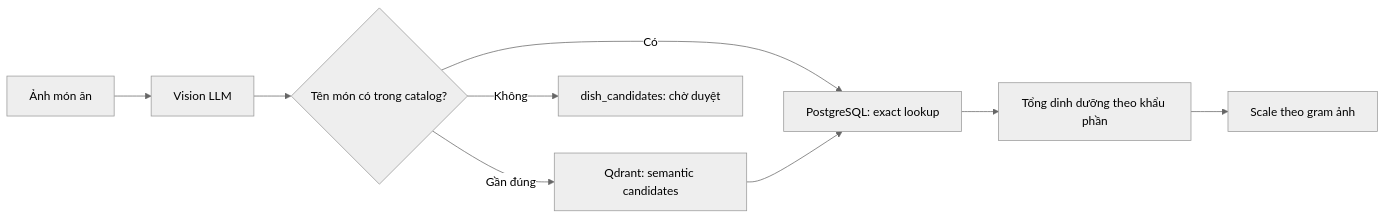
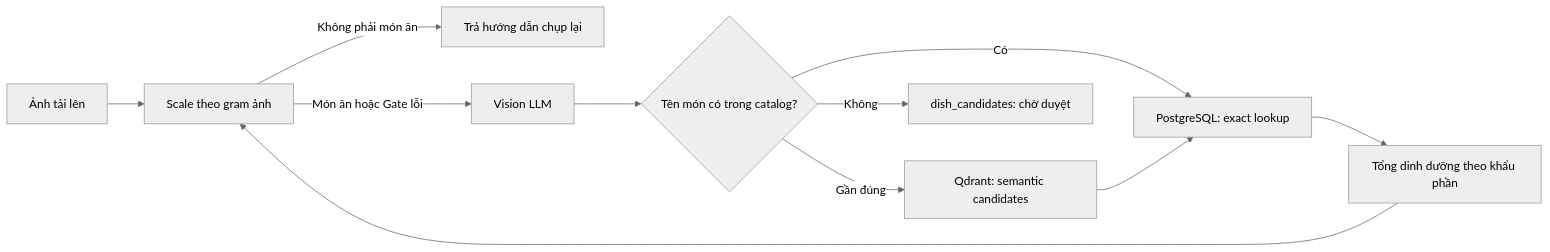
Before and after one commit to LongFixBug/Dish-AI: the diagram in README.md, drawn with Mermaid (neutral theme). The commit also changed other lines of this file and 1820 other files, not shown here.

````diff
--- a/README.md
+++ b/README.md
@@ -9,11 +9,13 @@
 ```mermaid
 flowchart LR
-    A[Ảnh món ăn] --> B[Vision LLM]
+    A[Ảnh tải lên] --> G{Food Gate}
+    G -->|Không phải món ăn| N[Trả hướng dẫn chụp lại]
+    G -->|Món ăn hoặc Gate lỗi| B[Vision LLM]
     B --> C{Tên món có trong catalog?}
     C -->|Có| D[PostgreSQL: exact lookup]
     C -->|Gần đúng| Q[Qdrant: semantic candidates]
     Q --> D
     C -->|Không| E[dish_candidates: chờ duyệt]
     D --> F[Tổng dinh dưỡng theo khẩu phần]
     F --> G[Scale theo gram ảnh]
 ```
````
